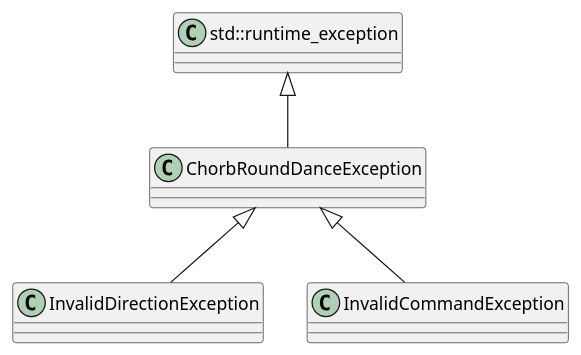
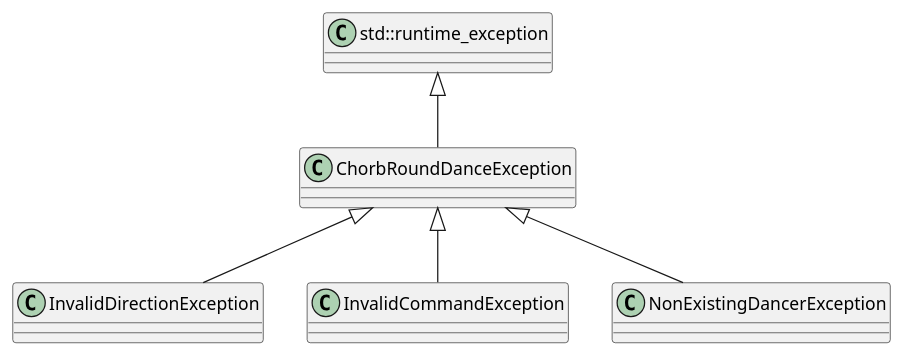
Before and after one commit to segoranov/round_dance: the diagram in exceptions.plantuml, drawn with PlantUML. The commit also changed 4 other files, not shown here.

Commit message:
Implement exception for non existing dancer

```diff
--- a/exceptions.plantuml
+++ b/exceptions.plantuml
@@ -1,11 +1,13 @@
 @startuml
 
 class std::runtime_exception
 
 class ChorbRoundDanceException extends std::runtime_exception
 
 class InvalidDirectionException extends ChorbRoundDanceException
 
 class InvalidCommandException extends ChorbRoundDanceException
 
+class NonExistingDancerException extends ChorbRoundDanceException
+
 @enduml
```
